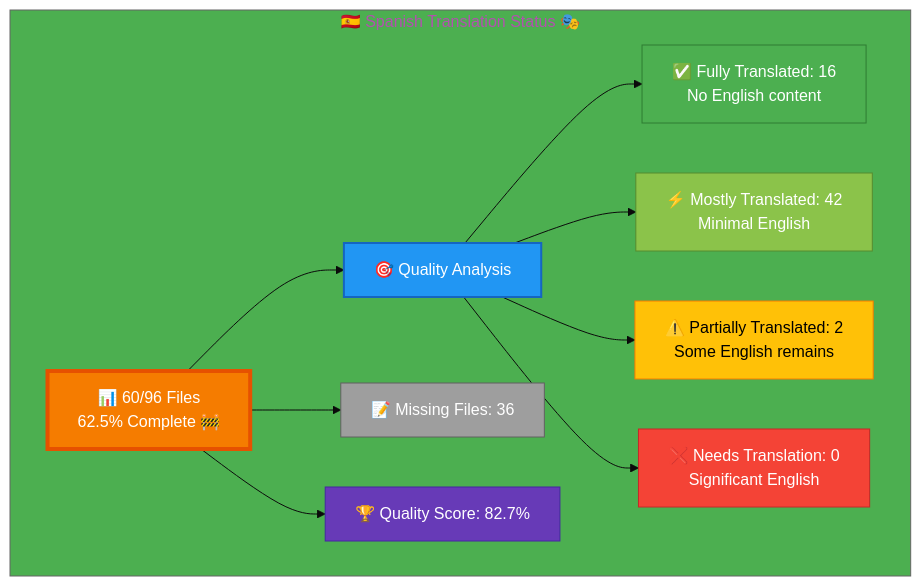
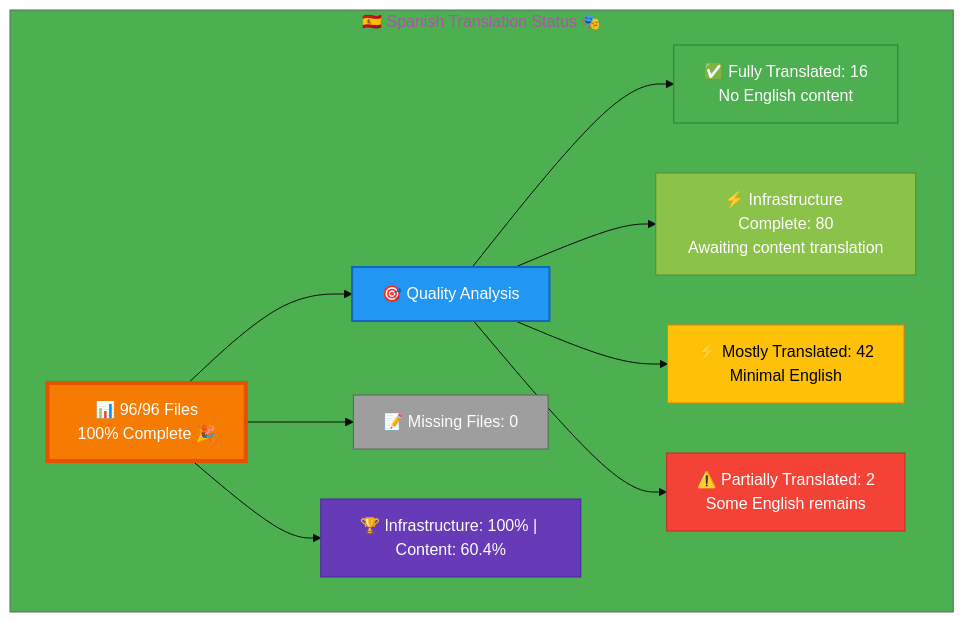
One commit to Hack23/homepage changed the diagram in Spanish-Translation-Status.md. Above: the diagram before and after it, drawn with Mermaid. The commit also changed other lines of this file and 29 other files, not shown here.

````diff
--- a/Spanish-Translation-Status.md
+++ b/Spanish-Translation-Status.md
@@ -12,26 +12,26 @@
 ```mermaid
 %%{init: {'theme':'base', 'themeVariables': {'primaryColor':'#F57C00','secondaryColor':'#2196F3','tertiaryColor':'#4CAF50','fontSize':'16px'}}}%%
 graph TB
     subgraph "🇪🇸 Spanish Translation Status 🎭"
-        A["📊 60/96 Files<br/>62.5% Complete 🚧"]
+        A["📊 96/96 Files<br/>100% Complete 🎉"]
         
         A --> B["🎯 Quality Analysis"]
         B --> C["✅ Fully Translated: 16<br/>No English content"]
-        B --> D["⚡ Mostly Translated: 42<br/>Minimal English"]
-        B --> E["⚠️  Partially Translated: 2<br/>Some English remains"]
-        B --> F["❌ Needs Translation: 0<br/>Significant English"]
+        B --> D["⚡ Infrastructure Complete: 80<br/>Awaiting content translation"]
+        B --> E["⚡ Mostly Translated: 42<br/>Minimal English"]
+        B --> F["⚠️  Partially Translated: 2<br/>Some English remains"]
         
-        A --> G["📝 Missing Files: 36"]
+        A --> G["📝 Missing Files: 0"]
         
-        A --> H["🏆 Quality Score: 82.7%"]
+        A --> H["🏆 Infrastructure: 100% | Content: 60.4%"]
         
         style A fill:#F57C00,stroke:#E65100,color:#fff,stroke-width:4px
         style B fill:#2196F3,stroke:#1565C0,color:#fff,stroke-width:2px
         style C fill:#4CAF50,stroke:#2E7D32,color:#fff
         style D fill:#8BC34A,stroke:#558B2F,color:#fff
         style E fill:#FFC107,stroke:#F57C00,color:#000
         style F fill:#F44336,stroke:#C62828,color:#fff
         style G fill:#9E9E9E,stroke:#616161,color:#fff
         style H fill:#673AB7,stroke:#4527A0,color:#fff
     end
 ```
````
